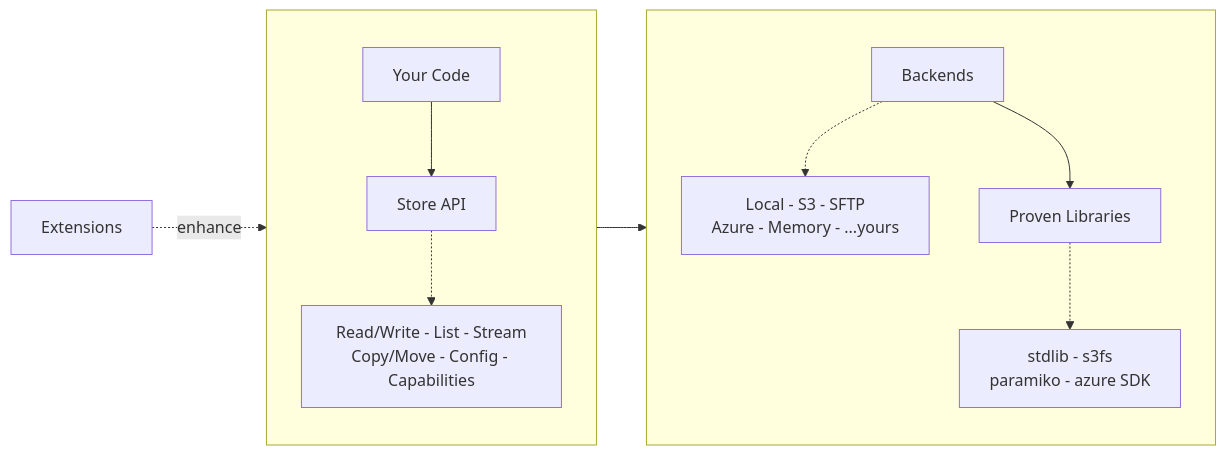
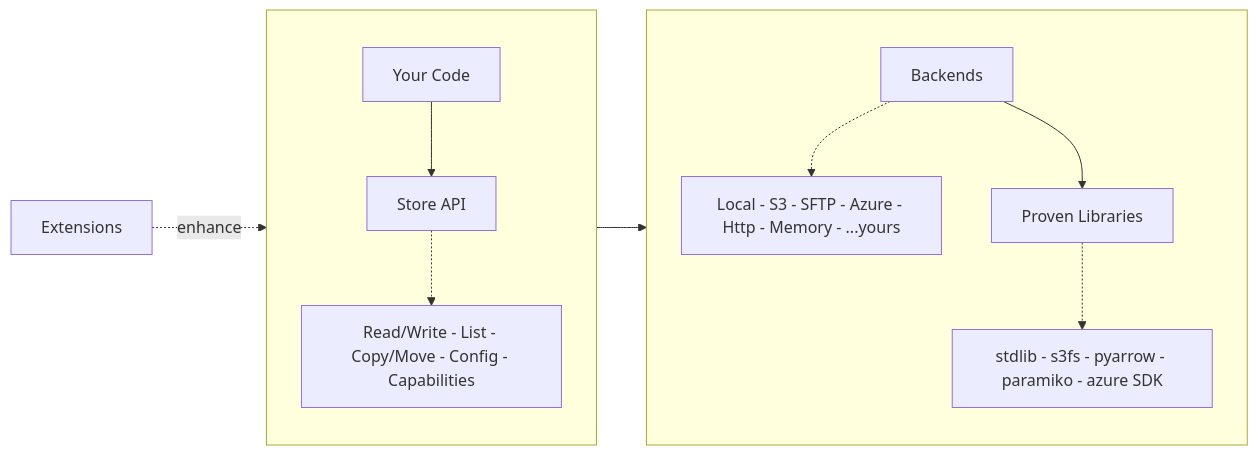
One commit to haalfi/remote-store changed the diagram in docs-src/index.md. Above: the diagram before and after it, drawn with Mermaid.

Commit message:
ID-090: update diagram — add Http backend, pyarrow, remove Stream

````diff
--- a/docs-src/index.md
+++ b/docs-src/index.md
@@ -19,27 +19,27 @@
 ```mermaid
 flowchart LR
     Ext["Extensions"]
 
     subgraph CORE[" "]
         direction TB
         API["Your Code"]
         Store["Store API"]
-        Methods["Read/Write - List - Stream\nCopy/Move - Config - Capabilities"]
+        Methods["Read/Write - List - Copy/Move - Config - Capabilities"]
         API --> Store
         Store -.-> Methods
     end
 
     subgraph INFRA[" "]
         direction TB
         Backends["Backends"]
-        B_list["Local - S3 - SFTP\nAzure - Memory - ...yours"]
+        B_list["Local - S3 - SFTP - Azure - Http - Memory - ...yours"]
         Libs["Proven Libraries"]
-        L_list["stdlib - s3fs\nparamiko - azure SDK"]
+        L_list["stdlib - s3fs - pyarrow - paramiko - azure SDK"]
         Backends -.-> B_list
         Backends --> Libs
         Libs -.-> L_list
     end
 
     Ext -. enhance .-> CORE
     CORE --> INFRA
 ```
````
